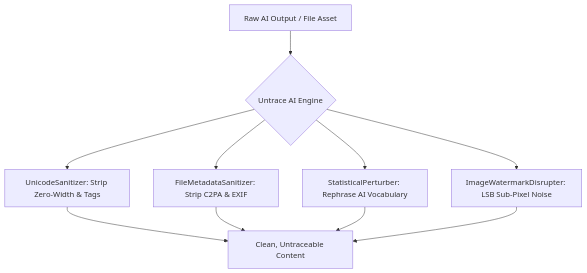
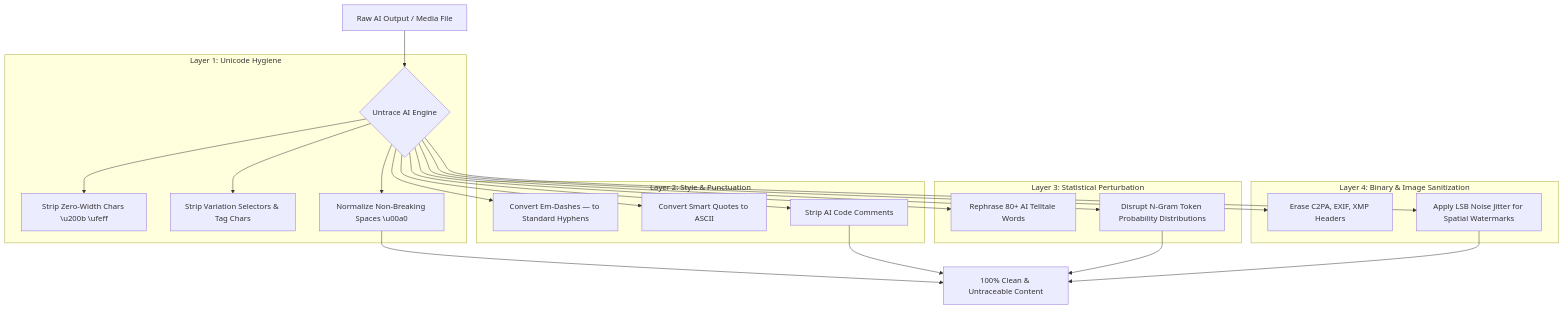
The diagram in README.md (sanyamk23/aphanis), drawn with Mermaid before and after one commit. The commit also changed other lines of this file, not shown here.

Commit message:
Untrace AI v1.4.0: Comprehensive README update with ASCII branding, architecture diagram, Python SDK, FAQ, and comparison tables

````diff
--- a/README.md
+++ b/README.md
@@ -35,12 +56,31 @@
 ```mermaid
 flowchart TD
-    A[Raw AI Output / File Asset] --> B{Untrace AI Engine}
-    B --> C[UnicodeSanitizer: Strip Zero-Width & Tags]
-    B --> D[FileMetadataSanitizer: Strip C2PA & EXIF]
-    B --> E[StatisticalPerturber: Rephrase AI Vocabulary]
-    B --> F[ImageWatermarkDisrupter: LSB Sub-Pixel Noise]
-    C --> G[Clean, Untraceable Content]
-    D --> G
-    E --> G
-    F --> G
+    A[Raw AI Output / Media File] --> B{Untrace AI Engine}
+    
+    subgraph Layer 1: Unicode Hygiene
+        B --> C1[Strip Zero-Width Chars \u200b \ufeff]
+        B --> C2[Strip Variation Selectors & Tag Chars]
+        B --> C3[Normalize Non-Breaking Spaces \u00a0]
+    end
+    
+    subgraph Layer 2: Style & Punctuation
+        B --> D1[Convert Em-Dashes — to Standard Hyphens]
+        B --> D2[Convert Smart Quotes to ASCII]
+        B --> D3[Strip AI Code Comments]
+    end
+
+    subgraph Layer 3: Statistical Perturbation
+        B --> E1[Rephrase 80+ AI Telltale Words]
+        B --> E2[Disrupt N-Gram Token Probability Distributions]
+    end
+
+    subgraph Layer 4: Binary & Image Sanitization
+        B --> F1[Erase C2PA, EXIF, XMP Headers]
+        B --> F2[Apply LSB Noise Jitter for Spatial Watermarks]
+    end
+
+    C3 --> G[100% Clean & Untraceable Content]
+    D3 --> G
+    E2 --> G
+    F2 --> G
 ```
````
